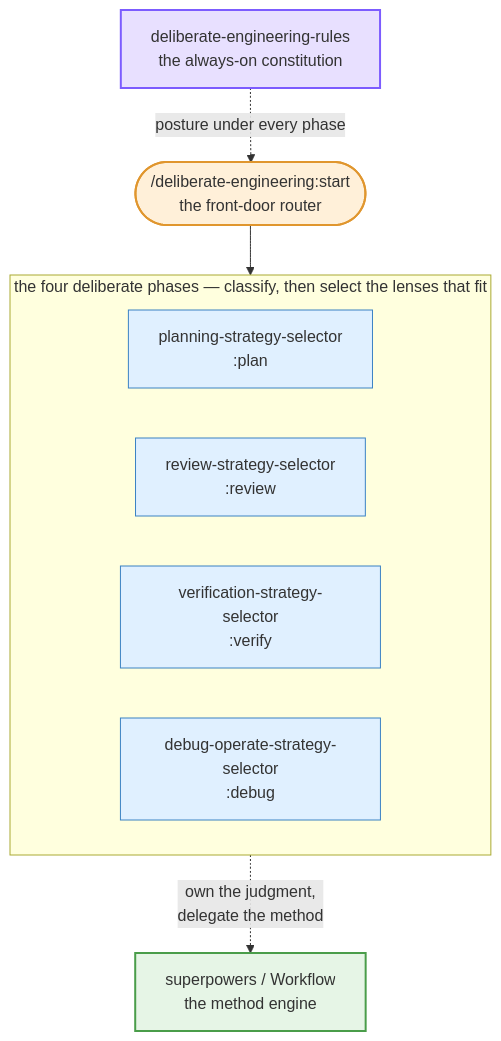
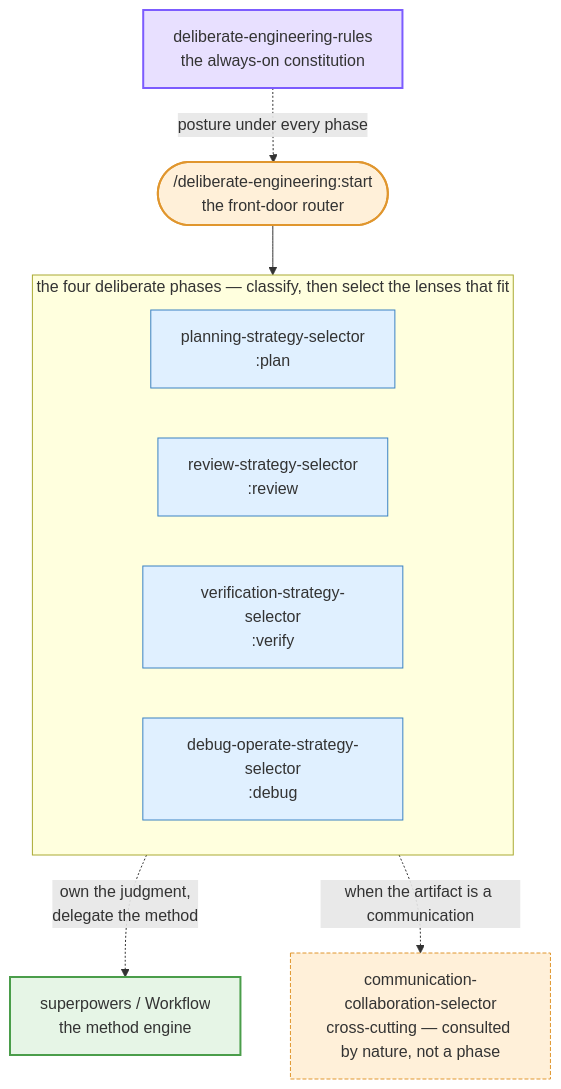
Before and after one commit to lucasfugisawa/deliberate-engineering: the first of 2 diagrams in docs/architecture-and-usage.md, drawn with Mermaid. The commit also changed other lines of this file, not shown here.

Commit message:
docs: architecture-and-usage adds the cross-cutting communication selector + 8-rule count

````diff
--- a/docs/architecture-and-usage.md
+++ b/docs/architecture-and-usage.md
@@ -11,25 +11,29 @@
 ```mermaid
 flowchart TD
     rules["deliberate-engineering-rules<br/>the always-on constitution"]
     start(["/deliberate-engineering:start<br/>the front-door router"])
     subgraph phases["the four deliberate phases — classify, then select the lenses that fit"]
         plan["planning-strategy-selector<br/>:plan"]
         review["review-strategy-selector<br/>:review"]
         verify["verification-strategy-selector<br/>:verify"]
         debug["debug-operate-strategy-selector<br/>:debug"]
     end
     engine["superpowers / Workflow<br/>the method engine"]
+    comms["communication-collaboration-selector<br/>cross-cutting — consulted by nature, not a phase"]
 
     rules -.->|posture under every phase| start
     start --> phases
     phases -.->|own the judgment,<br/>delegate the method| engine
+    phases -.->|when the artifact is a communication| comms
 
     classDef constitution fill:#e8e0ff,stroke:#7c5cff,stroke-width:2px;
     classDef router fill:#fff0d9,stroke:#e0962e,stroke-width:2px;
     classDef phase fill:#e0f0ff,stroke:#3b82c4,stroke-width:1px;
     classDef engine fill:#e6f5e6,stroke:#4a9d4a,stroke-width:2px;
+    classDef comms fill:#fff0d9,stroke:#e0962e,stroke-width:1px,stroke-dasharray:4 2;
     class rules constitution
     class start router
     class plan,review,verify,debug phase
     class engine engine
+    class comms comms
 ```
````
